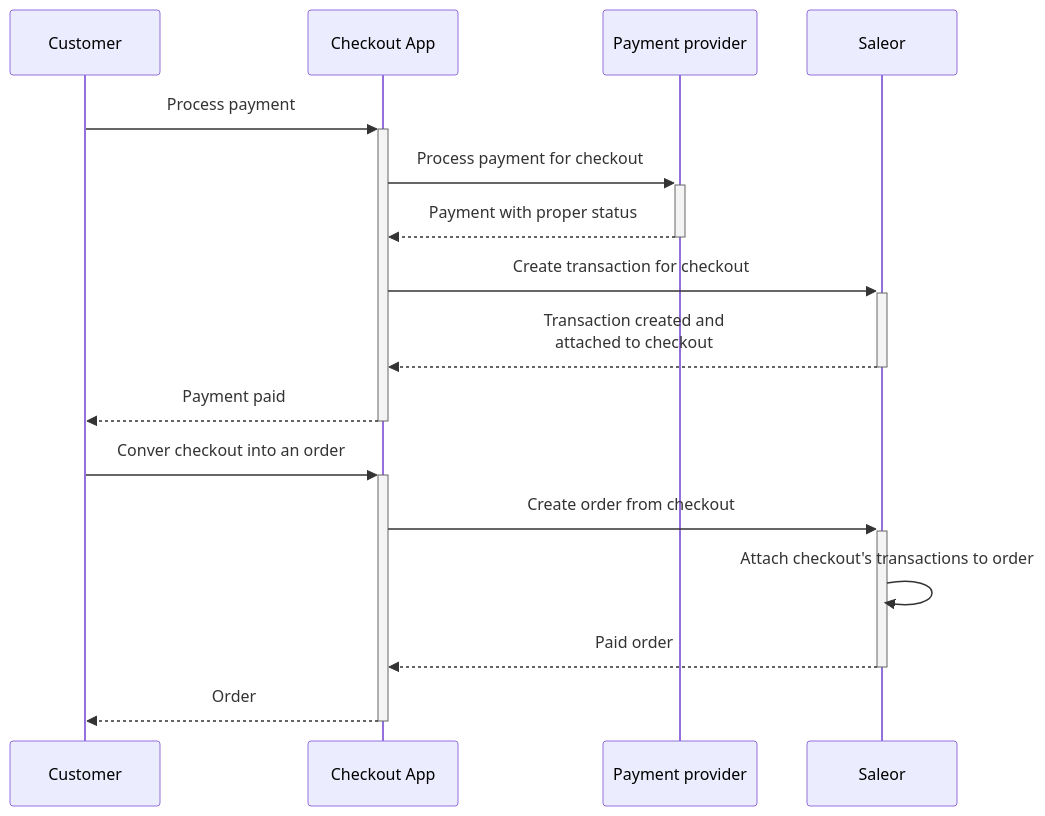
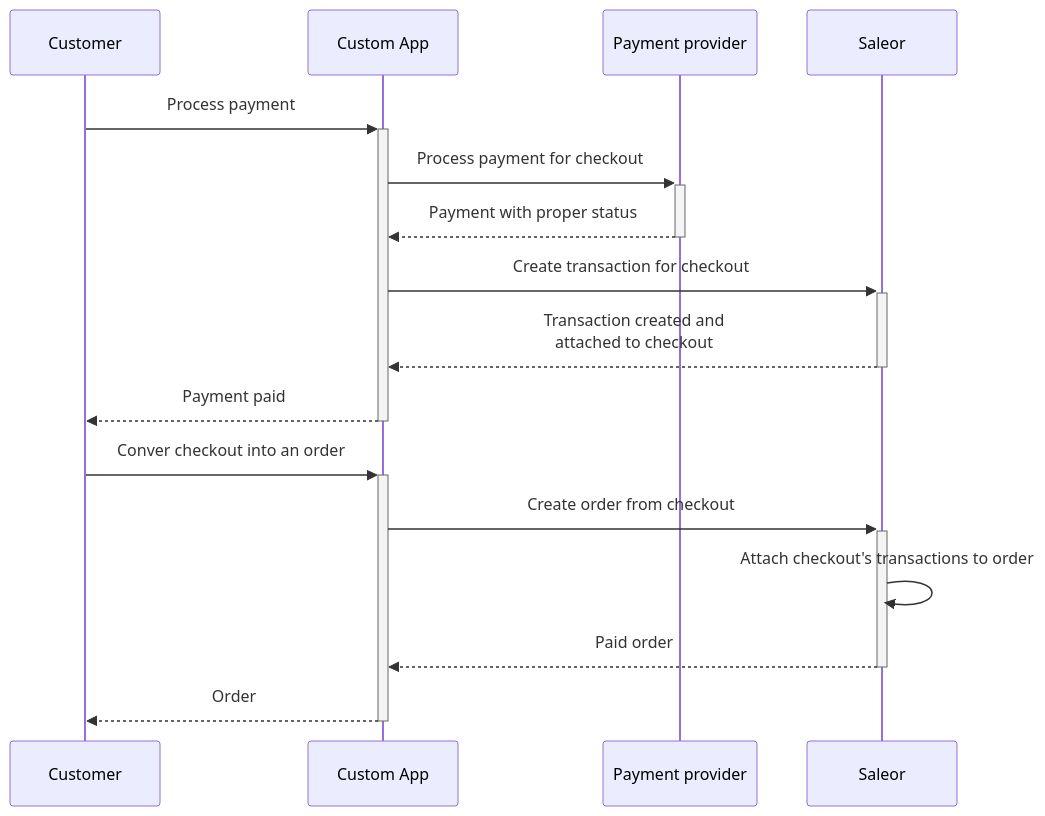
The third of 7 diagrams in docs/developer/checkout/finalizing.mdx (saleor/saleor-docs), drawn with Mermaid before and after one commit. The commit also changed other lines of this file and 15 other files, not shown here.

````diff
--- a/docs/developer/checkout/finalizing.mdx
+++ b/docs/developer/checkout/finalizing.mdx
@@ -164,14 +164,14 @@
 ```mermaid
 sequenceDiagram
-    Customer ->>+ Checkout App: Process payment
-    Checkout App ->>+ Payment provider: Process payment for checkout
-    Payment provider -->>- Checkout App: Payment with proper status
-    Checkout App ->>+ Saleor: Create transaction for checkout
-    Saleor -->>- Checkout App: Transaction created and <br>attached to checkout
-    Checkout App -->>- Customer: Payment paid
-    Customer->>+Checkout App: Conver checkout into an order
-    Checkout App ->>+ Saleor: Create order from checkout
+    Customer ->>+ Custom App: Process payment
+    Custom App ->>+ Payment provider: Process payment for checkout
+    Payment provider -->>- Custom App: Payment with proper status
+    Custom App ->>+ Saleor: Create transaction for checkout
+    Saleor -->>- Custom App: Transaction created and <br>attached to checkout
+    Custom App -->>- Customer: Payment paid
+    Customer->>+Custom App: Conver checkout into an order
+    Custom App ->>+ Saleor: Create order from checkout
     Saleor ->> Saleor: Attach checkout's transactions to order
-    Saleor -->>- Checkout App: Paid order
-    Checkout App-->>-Customer: Order
+    Saleor -->>- Custom App: Paid order
+    Custom App-->>-Customer: Order
 ```
````
